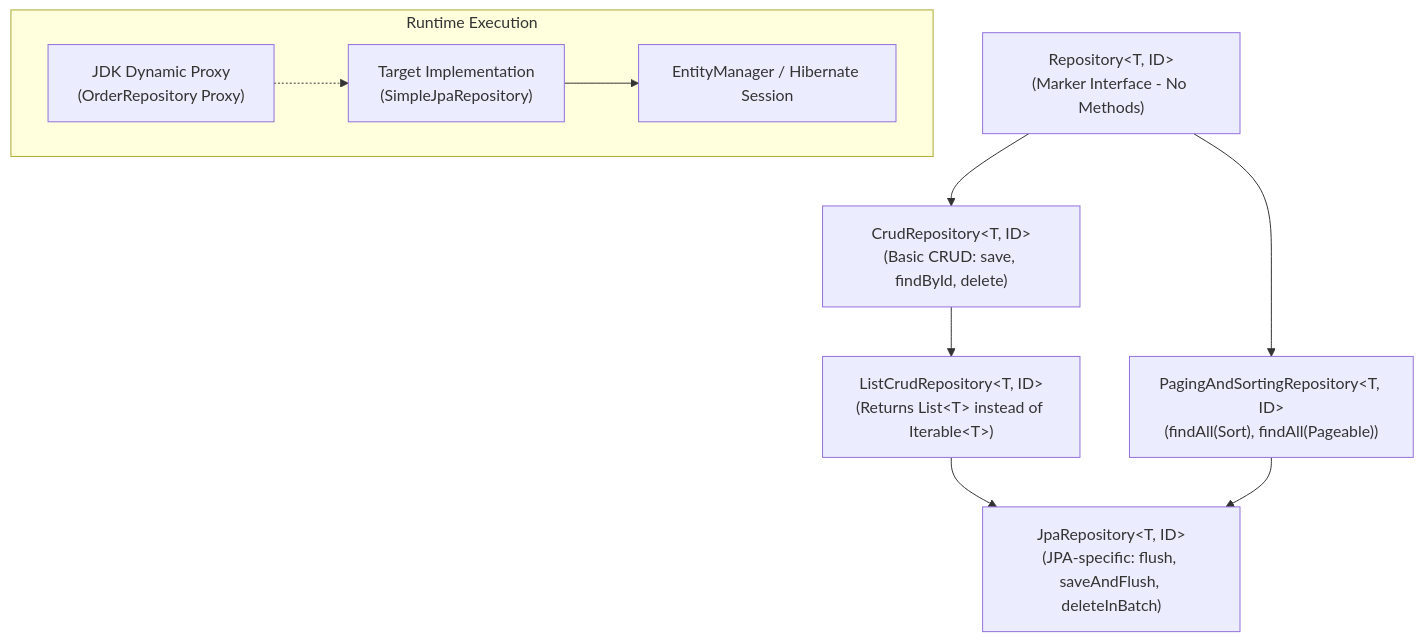
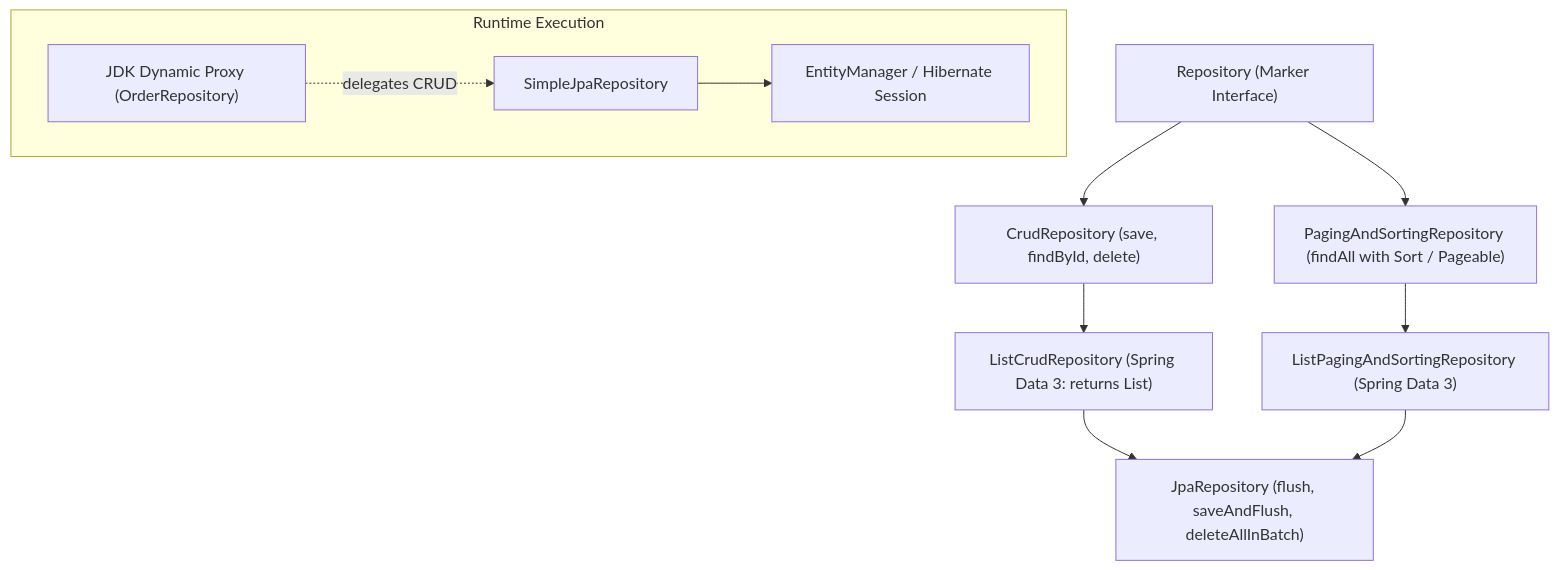
The first of 2 diagrams in content/roadmap/level-8/spring-data-jpa.md (ravishankar2463/java_hub), drawn with Mermaid before and after one commit. The commit also changed other lines of this file and 119 other files, not shown here.

Commit message:
feat: add comprehensive java learning roadmap content across multiple levels

````diff
--- a/content/roadmap/level-8/spring-data-jpa.md
+++ b/content/roadmap/level-8/spring-data-jpa.md
@@ -20,26 +18,21 @@
 ```mermaid
 flowchart TD
-    Repo["Repository&lt;T, ID&gt;
-(Marker Interface - No Methods)"]
-    CrudRepo["CrudRepository&lt;T, ID&gt;
-(Basic CRUD: save, findById, delete)"]
-    ListCrud["ListCrudRepository&lt;T, ID&gt;
-(Returns List&lt;T&gt; instead of Iterable&lt;T&gt;)"]
-    PagingRepo["PagingAndSortingRepository&lt;T, ID&gt;
-(findAll(Sort), findAll(Pageable))"]
-    JpaRepo["JpaRepository&lt;T, ID&gt;
-(JPA-specific: flush, saveAndFlush, deleteInBatch)"]
+    Repo["Repository (Marker Interface)"]
+    Crud["CrudRepository (save, findById, delete)"]
+    ListCrud["ListCrudRepository (Spring Data 3: returns List)"]
+    Paging["PagingAndSortingRepository (findAll with Sort / Pageable)"]
+    ListPaging["ListPagingAndSortingRepository (Spring Data 3)"]
+    Jpa["JpaRepository (flush, saveAndFlush, deleteAllInBatch)"]
 
-    Repo --> CrudRepo
-    CrudRepo --> ListCrud
-    Repo --> PagingRepo
-    ListCrud --> JpaRepo
-    PagingRepo --> JpaRepo
+    Repo --> Crud
+    Crud --> ListCrud
+    Repo --> Paging
+    Paging --> ListPaging
+    ListCrud --> Jpa
+    ListPaging --> Jpa
 
-    subgraph RuntimeProxy ["Runtime Execution"]
-        Proxy["JDK Dynamic Proxy
-(OrderRepository Proxy)"] -.-> Target["Target Implementation
-(SimpleJpaRepository)"]
-        Target --> EM["EntityManager / Hibernate Session"]
+    subgraph Runtime["Runtime Execution"]
+        Proxy["JDK Dynamic Proxy (OrderRepository)"] -.->|"delegates CRUD"| Simple["SimpleJpaRepository"]
+        Simple --> EM["EntityManager / Hibernate Session"]
     end
 ```
````
